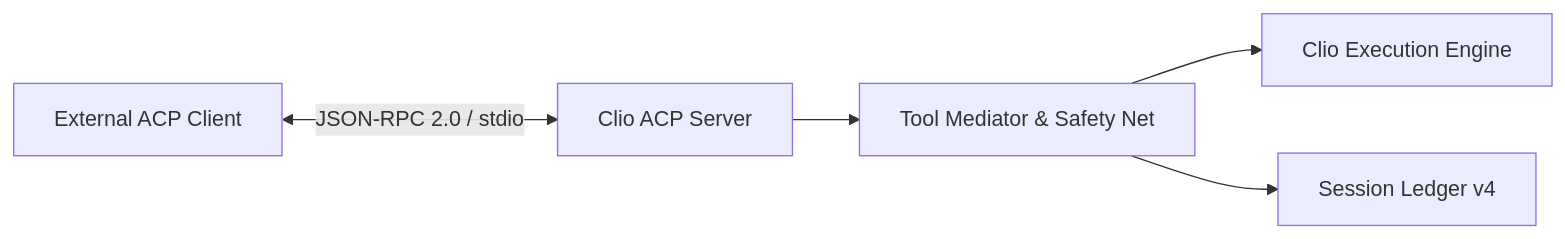
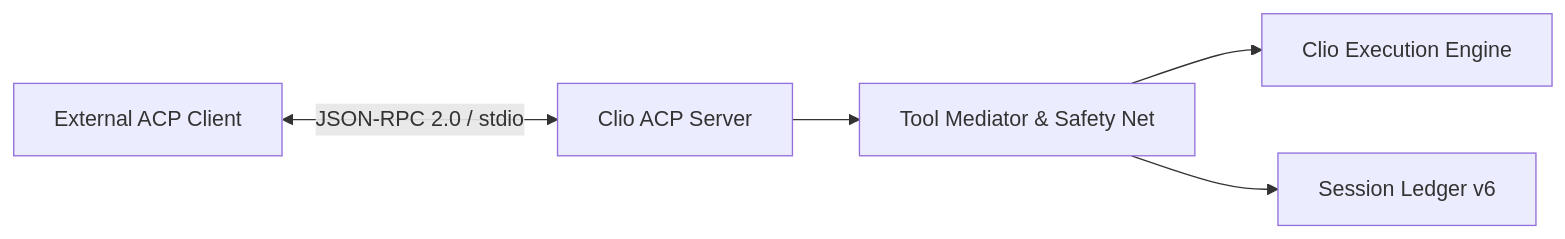
The diagram in docs/architecture/acp.md (iowarp/clio-coder), drawn with Mermaid before and after one commit. The commit also changed other lines of this file and 244 other files, not shown here.

````diff
--- a/docs/architecture/acp.md
+++ b/docs/architecture/acp.md
@@ -20,7 +20,7 @@
 ```mermaid
 graph LR
     client[External ACP Client] <-->|JSON-RPC 2.0 / stdio| server[Clio ACP Server]
     server --> mediator[Tool Mediator & Safety Net]
     mediator --> engine[Clio Execution Engine]
-    mediator --> session[Session Ledger v4]
+    mediator --> session[Session Ledger v6]
 ```
````
